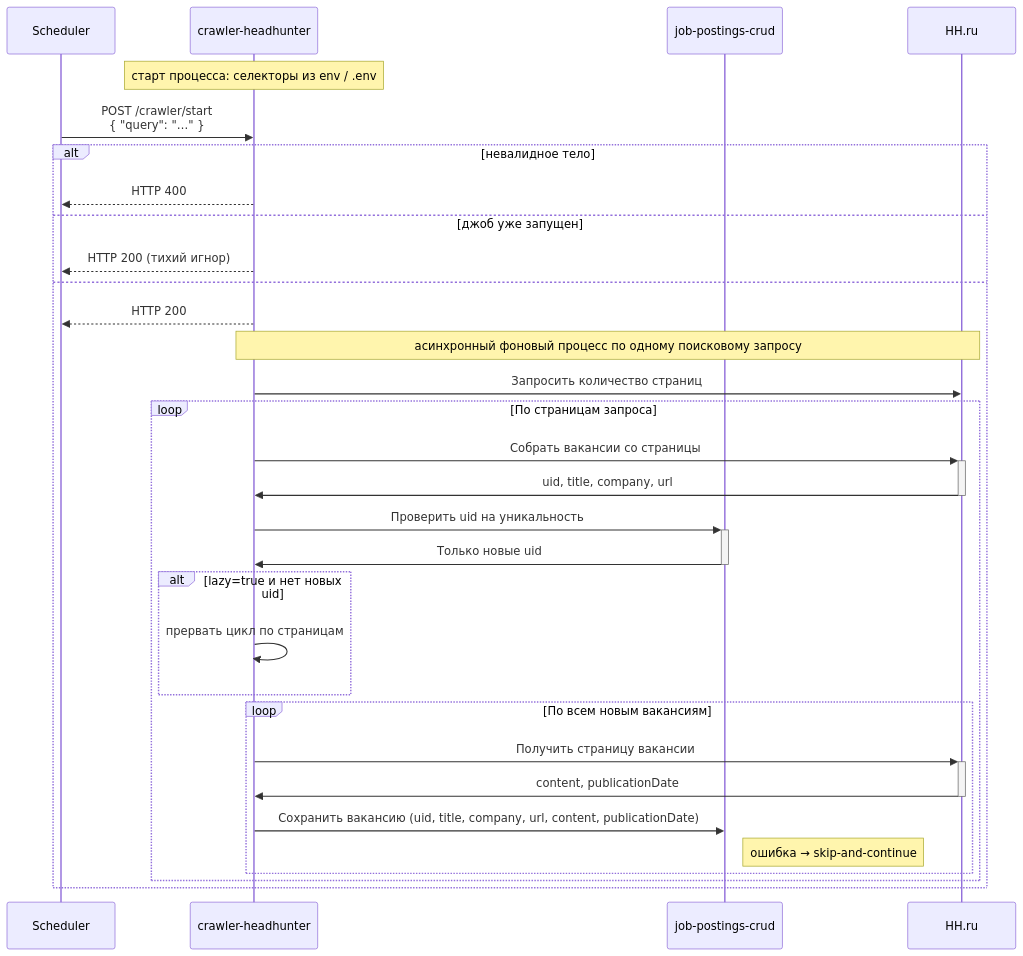
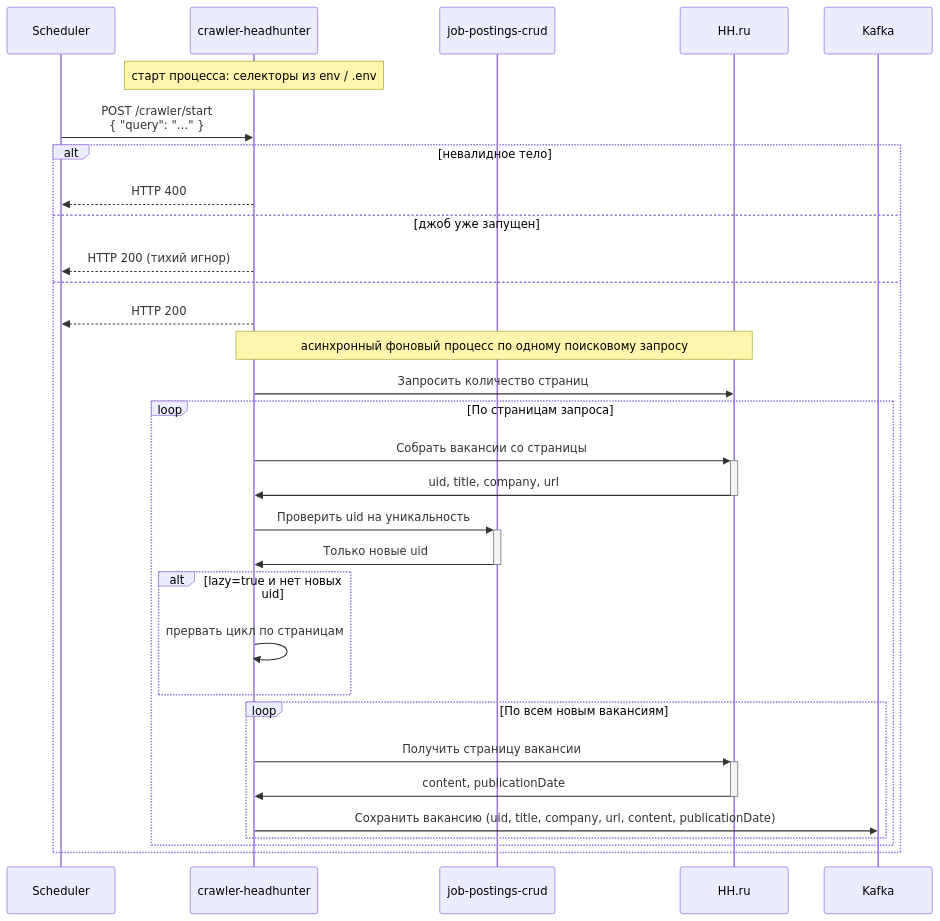
One commit to joposcragent/specifications changed the diagram in services/crawler-headhunter/readme.md. Above: the diagram before and after it, drawn with Mermaid. The commit also changed other lines of this file and 2 other files, not shown here.

Commit message:
заменил celery на kafka в круде и кроулере

````diff
--- a/services/crawler-headhunter/readme.md
+++ b/services/crawler-headhunter/readme.md
@@ -87,39 +81,38 @@
 ```mermaid
 sequenceDiagram
     participant Scheduler
     participant Crawler as crawler-headhunter
     participant Postings as job-postings-crud
     participant HH as HH.ru
 
     Note over Crawler: старт процесса: селекторы из env / .env
 
     Scheduler->>Crawler: POST /crawler/start<br/>{ "query": "…" }
 
     alt невалидное тело
         Crawler-->>Scheduler: HTTP 400
     else джоб уже запущен
         Crawler-->>Scheduler: HTTP 200 (тихий игнор)
     else
         Crawler-->>Scheduler: HTTP 200
         Note over Crawler,HH: асинхронный фоновый процесс по одному поисковому запросу
 
         Crawler->>HH: Запросить количество страниц
 
         loop По страницам запроса
             Crawler->>+HH: Собрать вакансии со страницы
             HH->>-Crawler: uid, title, company, url
             Crawler->>+Postings: Проверить uid на уникальность
             Postings->>-Crawler: Только новые uid
             alt lazy=true и нет новых uid
                 Crawler->>Crawler: прервать цикл по страницам
             end
 
             loop По всем новым вакансиям
                 Crawler->>+HH: Получить страницу вакансии
                 HH->>-Crawler: content, publicationDate
-                Crawler->>Postings: Сохранить вакансию (uid, title, company, url, content, publicationDate)
-                Note right of Postings: ошибка → skip-and-continue
+                Crawler->>Kafka: Сохранить вакансию (uid, title, company, url, content, publicationDate)
             end
         end
     end
 ```
````
